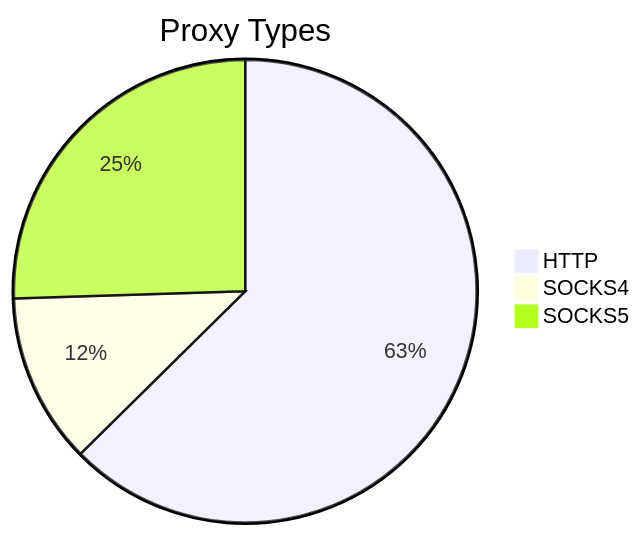
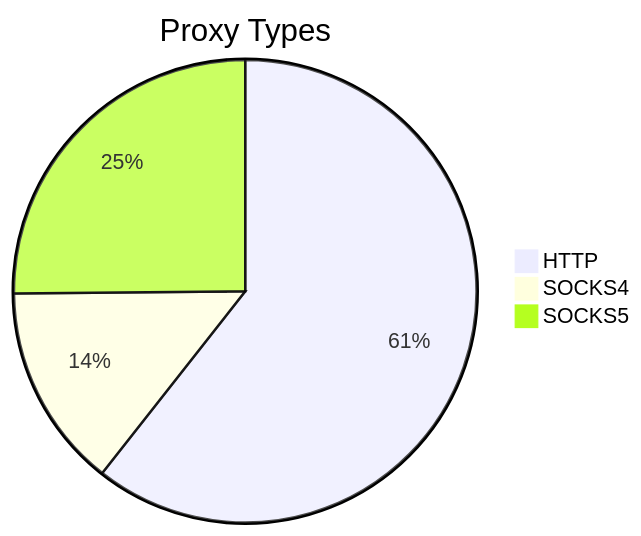
The first of 2 diagrams in README.md (stormsia/proxy-list), drawn with Mermaid before and after one commit. The commit also changed other lines of this file, not shown here.

````diff
--- a/README.md
+++ b/README.md
@@ -21,6 +21,6 @@
 ```mermaid
 pie title Proxy Types
-    "HTTP" : 221
-    "SOCKS4" : 42
-    "SOCKS5" : 90
+    "HTTP" : 200
+    "SOCKS4" : 47
+    "SOCKS5" : 83
 ```
````
